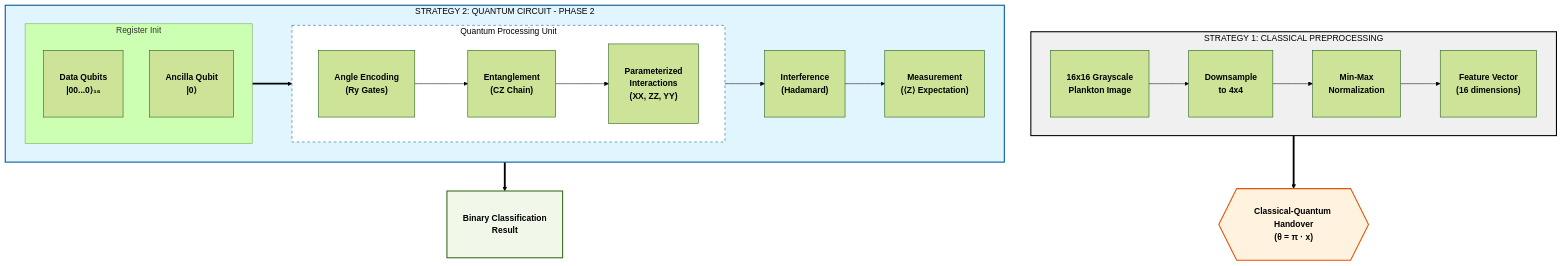
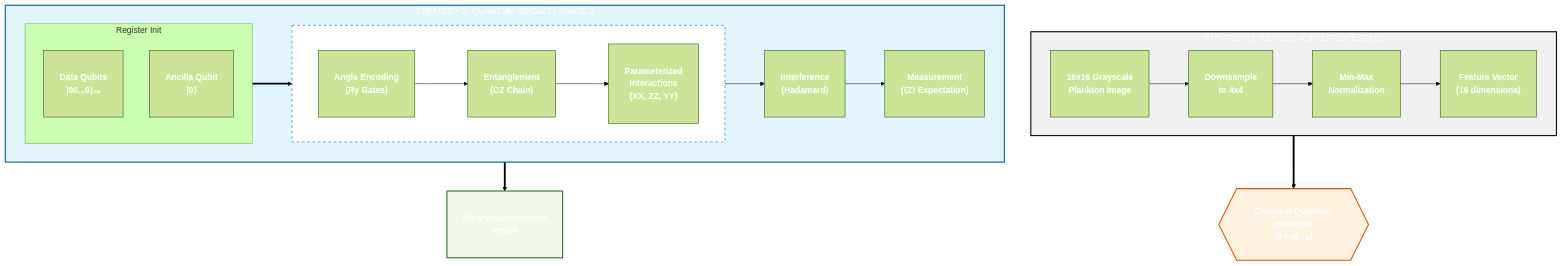
Before and after one commit to juleshenry/quantum-mnist: the first of 2 diagrams in README.md, drawn with Mermaid (forest theme). The commit also changed 1 other file, not shown here.

````diff
--- a/README.md
+++ b/README.md
@@ -26,57 +26,57 @@
 ```mermaid
 graph TD
     %% Classical Layer
     subgraph Classical_Layer [STRATEGY 1: CLASSICAL PREPROCESSING]
         direction LR
         A["<br/><b>16x16 Grayscale</b><br/><b>Plankton Image</b><br/><br/>"] --> B["<br/><b>Downsample</b><br/><b>to 4x4</b><br/><br/>"]
         B --> C["<br/><b>Min-Max</b><br/><b>Normalization</b><br/><br/>"]
         C --> D["<br/><b>Feature Vector</b><br/><b>(16 dimensions)</b><br/><br/>"]
     end
 
     %% Data Handover
     D ==> Interface{{"<br/><b>Classical-Quantum Handover</b><br/><b>(θ = π · x)</b><br/><br/>"}}
 
     %% Quantum Layer
     subgraph Quantum_Layer [STRATEGY 2: QUANTUM CIRCUIT - PHASE 2]
         direction LR
         
         subgraph Register_Init [Register Init]
             direction TB
             Q_Data["<br/><b>Data Qubits</b><br/><b>|00...0⟩₁₆</b><br/><br/>"]
             Q_Anc["<br/><b>Ancilla Qubit</b><br/><b>|0⟩</b><br/><br/>"]
         end
 
         subgraph PQC_Flow [Quantum Processing Unit]
             direction LR
             E["<br/><b>Angle Encoding</b><br/><b>(Ry Gates)</b><br/><br/>"] --> F["<br/><b>Entanglement</b><br/><b>(CZ Chain)</b><br/><br/>"]
             F --> G["<br/><b>Parameterized</b><br/><b>Interactions</b><br/><b>(XX, ZZ, YY)</b><br/><br/>"]
         end
         
         Register_Init ==> PQC_Flow
         PQC_Flow --> H["<br/><b>Interference</b><br/><b>(Hadamard)</b><br/><br/>"]
         H --> I["<br/><b>Measurement</b><br/><b>(⟨Z⟩ Expectation)</b><br/><br/>"]
     end
 
     %% Final Output
     I ==> J["<br/><b>Binary Classification</b><br/><b>Result</b><br/><br/>"]
 
     %% Styling with High Contrast
-    style Classical_Layer fill:#f0f0f0,stroke:#000,stroke-width:2px,color:#000
-    style Quantum_Layer fill:#e1f5fe,stroke:#01579b,stroke-width:2px,color:#000
-    style Interface fill:#fff3e0,stroke:#e65100,stroke-width:2px,color:#000
-    style PQC_Flow fill:#fff,stroke:#01579b,stroke-dasharray: 5 5,color:#000
-    style J fill:#f1f8e9,stroke:#33691e,stroke-width:2px,color:#000
+    style Classical_Layer fill:#f0f0f0,stroke:#000,stroke-width:2px,color:#fff
+    style Quantum_Layer fill:#e1f5fe,stroke:#01579b,stroke-width:2px,color:#fff
+    style Interface fill:#fff3e0,stroke:#e65100,stroke-width:2px,color:#fff
+    style PQC_Flow fill:#fff,stroke:#01579b,stroke-dasharray: 5 5,color:#fff
+    style J fill:#f1f8e9,stroke:#33691e,stroke-width:2px,color:#fff
     
     %% Node-specific high contrast
-    style A color:#000
-    style B color:#000
-    style C color:#000
-    style D color:#000
-    style E color:#000
-    style F color:#000
-    style G color:#000
-    style H color:#000
-    style I color:#000
-    style Q_Data color:#000
-    style Q_Anc color:#000
+    style A color:#fff
+    style B color:#fff
+    style C color:#fff
+    style D color:#fff
+    style E color:#fff
+    style F color:#fff
+    style G color:#fff
+    style H color:#fff
+    style I color:#fff
+    style Q_Data color:#fff
+    style Q_Anc color:#fff
 ```
````
